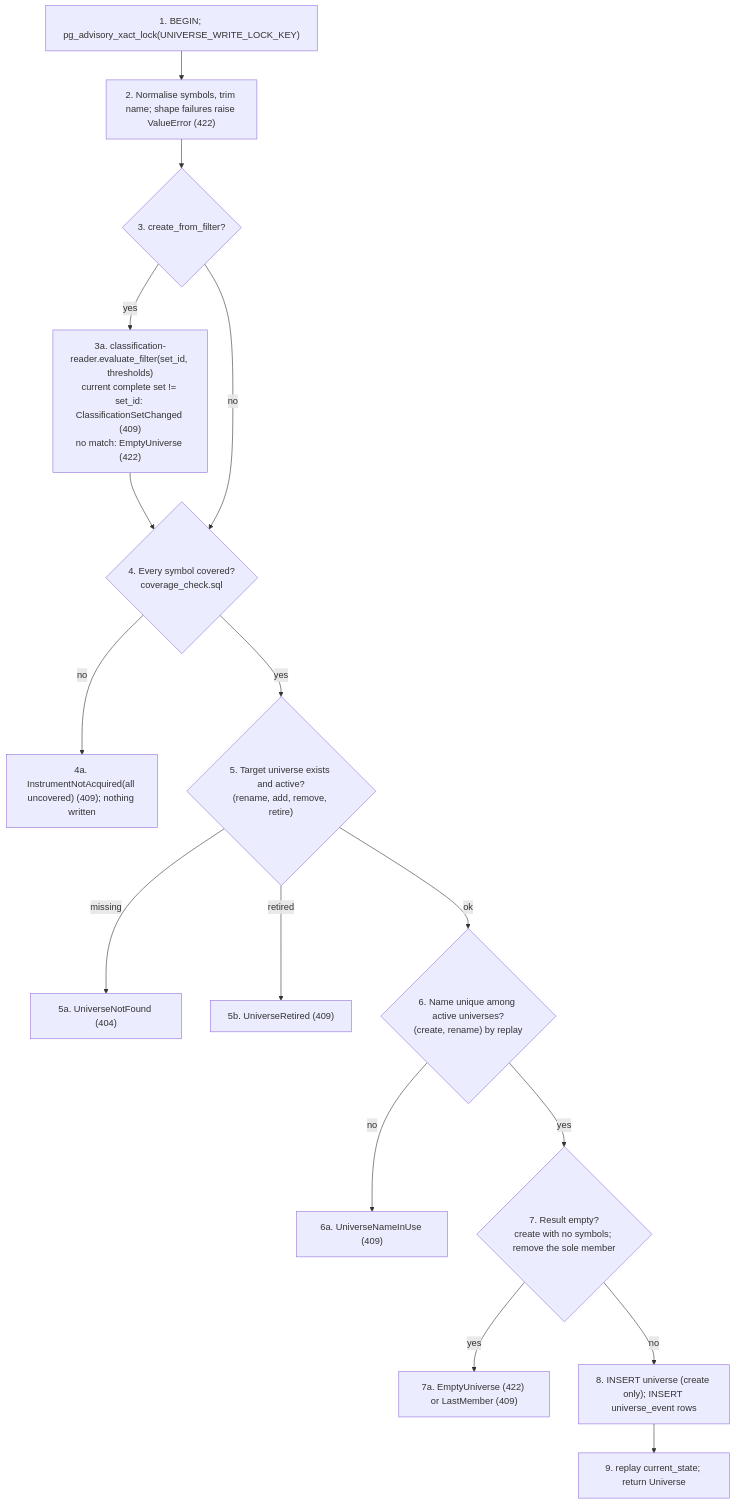
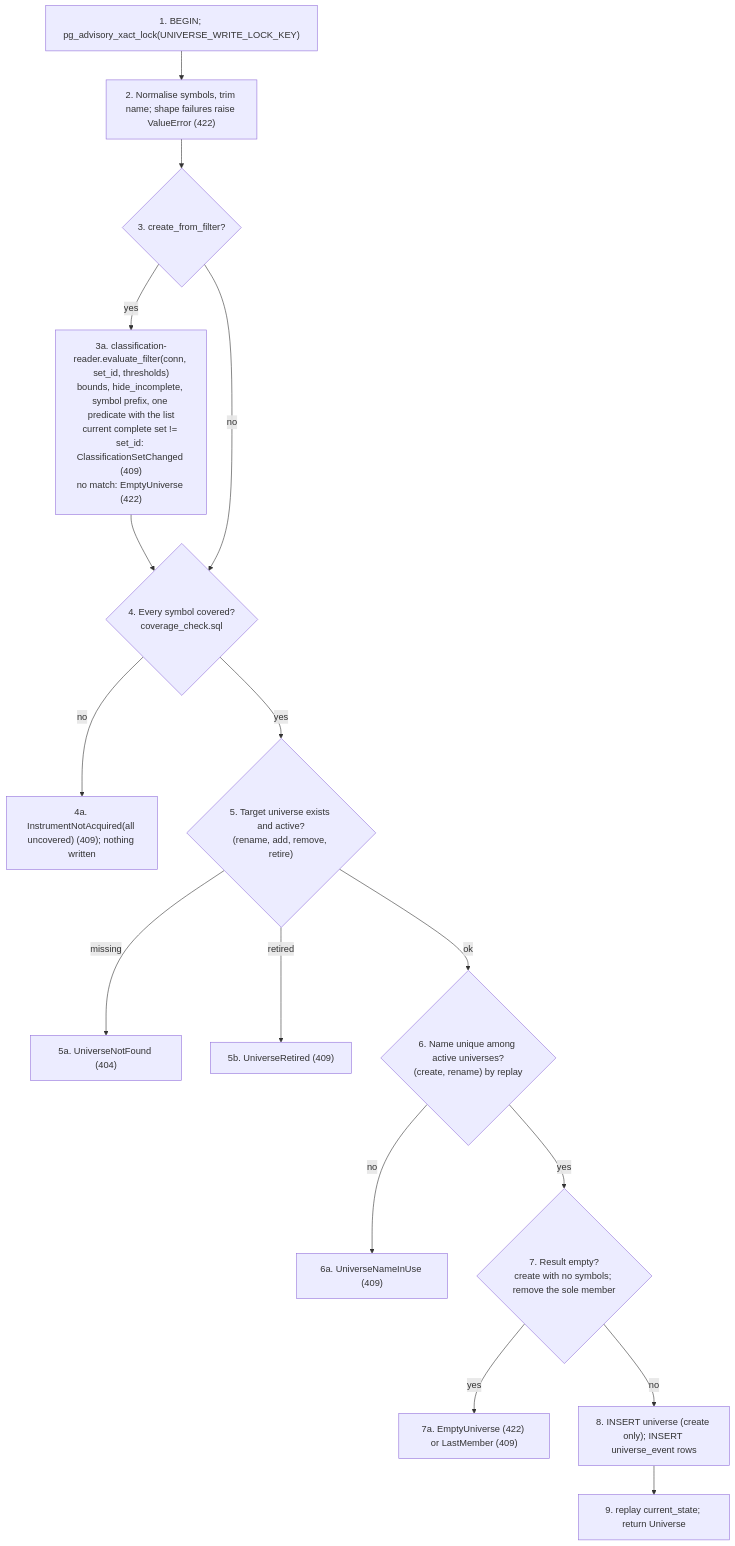
The second of 2 diagrams in docs/capabilities/CAP-002-universe-and-factor-classification/design/component-design-universe-service.md (ajodraca/FactorFlow-v2), drawn with Mermaid before and after one commit. The commit also changed other lines of this file and 6 other files, not shown here.

````diff
--- a/docs/capabilities/CAP-002-universe-and-factor-classification/design/component-design-universe-service.md
+++ b/docs/capabilities/CAP-002-universe-and-factor-classification/design/component-design-universe-service.md
@@ -267,18 +312,18 @@
 ```mermaid
 flowchart TD
     A["1. BEGIN; pg_advisory_xact_lock(UNIVERSE_WRITE_LOCK_KEY)"] --> B["2. Normalise symbols, trim name; shape failures raise ValueError (422)"]
     B --> C{"3. create_from_filter?"}
-    C -->|yes| C1["3a. classification-reader.evaluate_filter(set_id, thresholds)<br/>current complete set != set_id: ClassificationSetChanged (409)<br/>no match: EmptyUniverse (422)"]
+    C -->|yes| C1["3a. classification-reader.evaluate_filter(conn, set_id, thresholds)<br/>bounds, hide_incomplete, symbol prefix, one predicate with the list<br/>current complete set != set_id: ClassificationSetChanged (409)<br/>no match: EmptyUniverse (422)"]
     C1 --> D
     C -->|no| D{"4. Every symbol covered?<br/>coverage_check.sql"}
     D -->|no| D1["4a. InstrumentNotAcquired(all uncovered) (409); nothing written"]
     D -->|yes| E{"5. Target universe exists and active?<br/>(rename, add, remove, retire)"}
     E -->|missing| E1["5a. UniverseNotFound (404)"]
     E -->|retired| E2["5b. UniverseRetired (409)"]
     E -->|ok| F{"6. Name unique among active universes?<br/>(create, rename) by replay"}
     F -->|no| F1["6a. UniverseNameInUse (409)"]
     F -->|yes| G{"7. Result empty?<br/>create with no symbols; remove the sole member"}
     G -->|yes| G1["7a. EmptyUniverse (422) or LastMember (409)"]
     G -->|no| H["8. INSERT universe (create only); INSERT universe_event rows"]
     H --> I["9. replay current_state; return Universe"]
 ```
````
